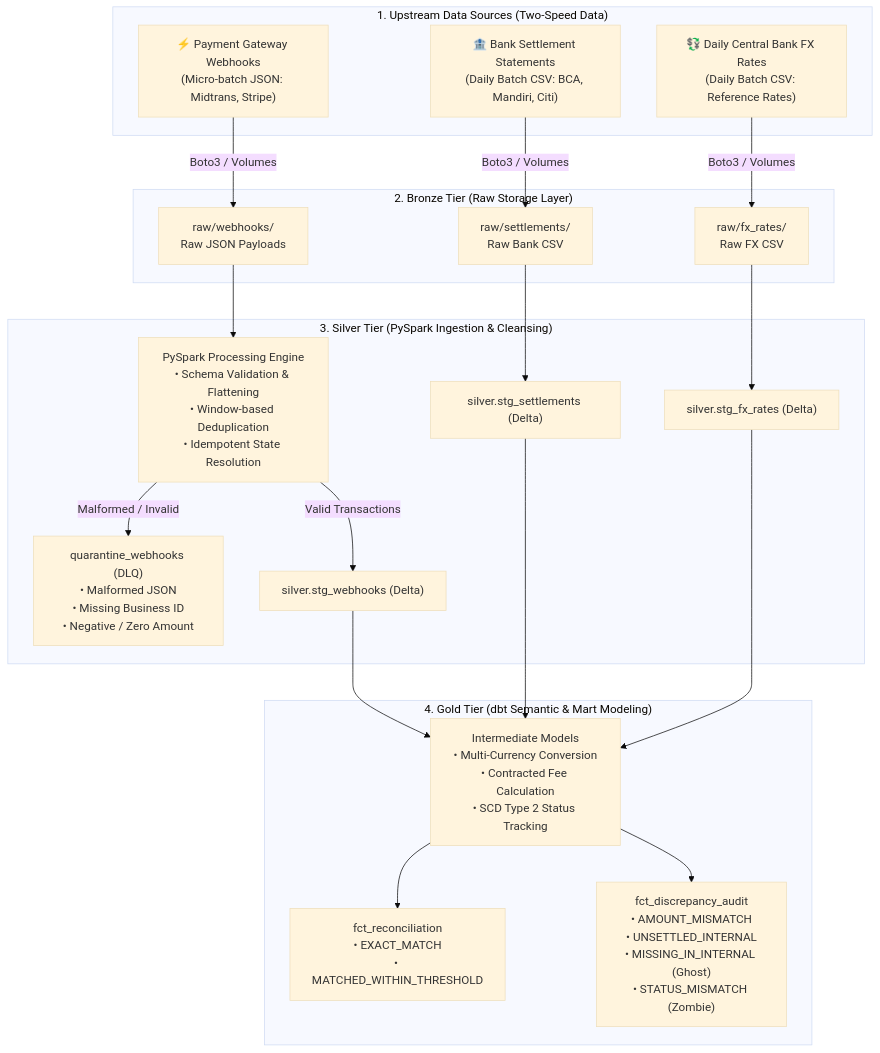
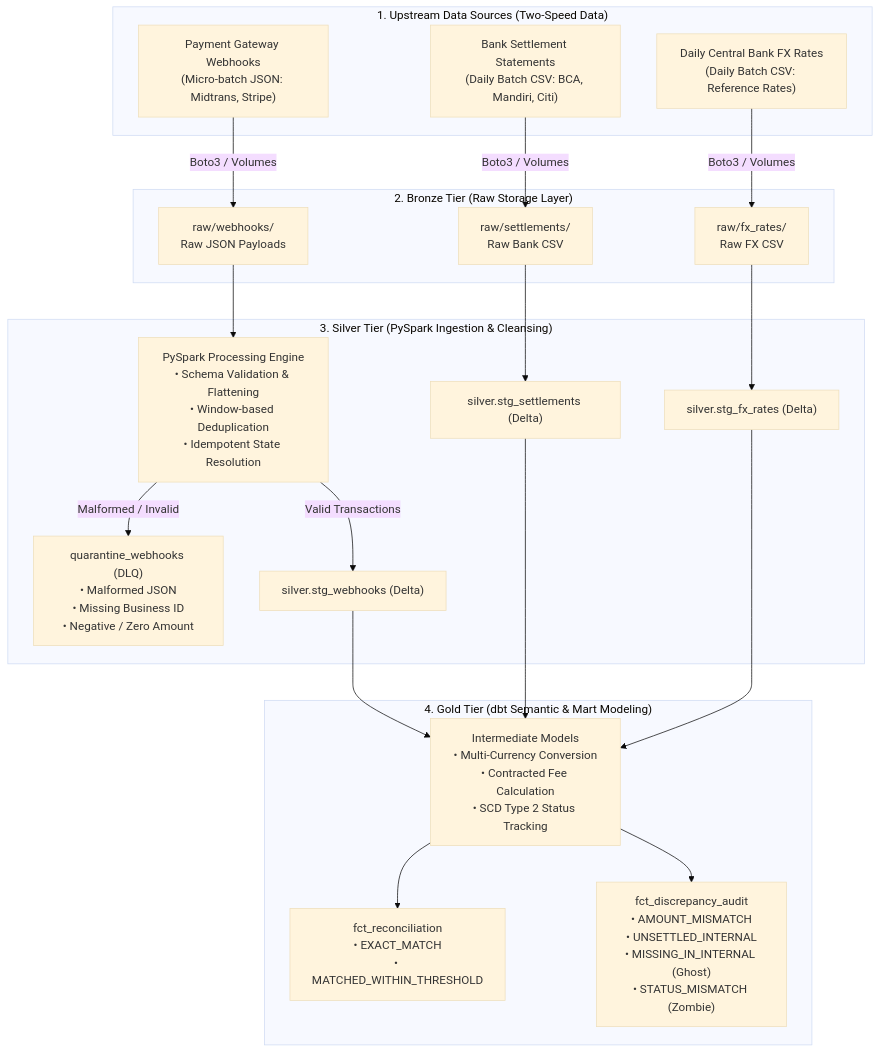
The diagram in README.md (hmnty11/Payment-gateway-Settlement-reconciliation-engine), drawn with Mermaid (base theme) before and after one commit. The commit also changed other lines of this file, not shown here.

````diff
--- a/README.md
+++ b/README.md
@@ -32,46 +32,46 @@
 ```mermaid
 flowchart TD
     subgraph DataSources["1. Upstream Data Sources (Two-Speed Data)"]
-        WH["⚡ Payment Gateway Webhooks<br/>(Micro-batch JSON: Midtrans, Stripe)"]
-        BS["🏦 Bank Settlement Statements<br/>(Daily Batch CSV: BCA, Mandiri, Citi)"]
-        FX["💱 Daily Central Bank FX Rates<br/>(Daily Batch CSV: Reference Rates)"]
+        WH[" Payment Gateway Webhooks<br/>(Micro-batch JSON: Midtrans, Stripe)"]
+        BS[" Bank Settlement Statements<br/>(Daily Batch CSV: BCA, Mandiri, Citi)"]
+        FX[" Daily Central Bank FX Rates<br/>(Daily Batch CSV: Reference Rates)"]
     end
 
     subgraph Bronze["2. Bronze Tier (Raw Storage Layer)"]
         B_WH["raw/webhooks/<br/>Raw JSON Payloads"]
         B_BS["raw/settlements/<br/>Raw Bank CSV"]
         B_FX["raw/fx_rates/<br/>Raw FX CSV"]
     end
 
     subgraph Silver["3. Silver Tier (PySpark Ingestion & Cleansing)"]
         PY_CLEAN["PySpark Processing Engine<br/>• Schema Validation & Flattening<br/>• Window-based Deduplication<br/>• Idempotent State Resolution"]
         DLQ["quarantine_webhooks (DLQ)<br/>• Malformed JSON<br/>• Missing Business ID<br/>• Negative / Zero Amount"]
         S_WH["silver.stg_webhooks (Delta)"]
         S_BS["silver.stg_settlements (Delta)"]
         S_FX["silver.stg_fx_rates (Delta)"]
     end
 
     subgraph Gold["4. Gold Tier (dbt Semantic & Mart Modeling)"]
         DBT_INT["Intermediate Models<br/>• Multi-Currency Conversion<br/>• Contracted Fee Calculation<br/>• SCD Type 2 Status Tracking"]
         FCT_RECON["fct_reconciliation<br/>• EXACT_MATCH<br/>• MATCHED_WITHIN_THRESHOLD"]
         FCT_AUDIT["fct_discrepancy_audit<br/>• AMOUNT_MISMATCH<br/>• UNSETTLED_INTERNAL<br/>• MISSING_IN_INTERNAL (Ghost)<br/>• STATUS_MISMATCH (Zombie)"]
     end
 
     WH -->|Boto3 / Volumes| B_WH
     BS -->|Boto3 / Volumes| B_BS
     FX -->|Boto3 / Volumes| B_FX
 
     B_WH --> PY_CLEAN
     B_BS --> S_BS
     B_FX --> S_FX
 
     PY_CLEAN -->|Malformed / Invalid| DLQ
     PY_CLEAN -->|Valid Transactions| S_WH
 
     S_WH --> DBT_INT
     S_BS --> DBT_INT
     S_FX --> DBT_INT
 
     DBT_INT --> FCT_RECON
     DBT_INT --> FCT_AUDIT
 ```
````
